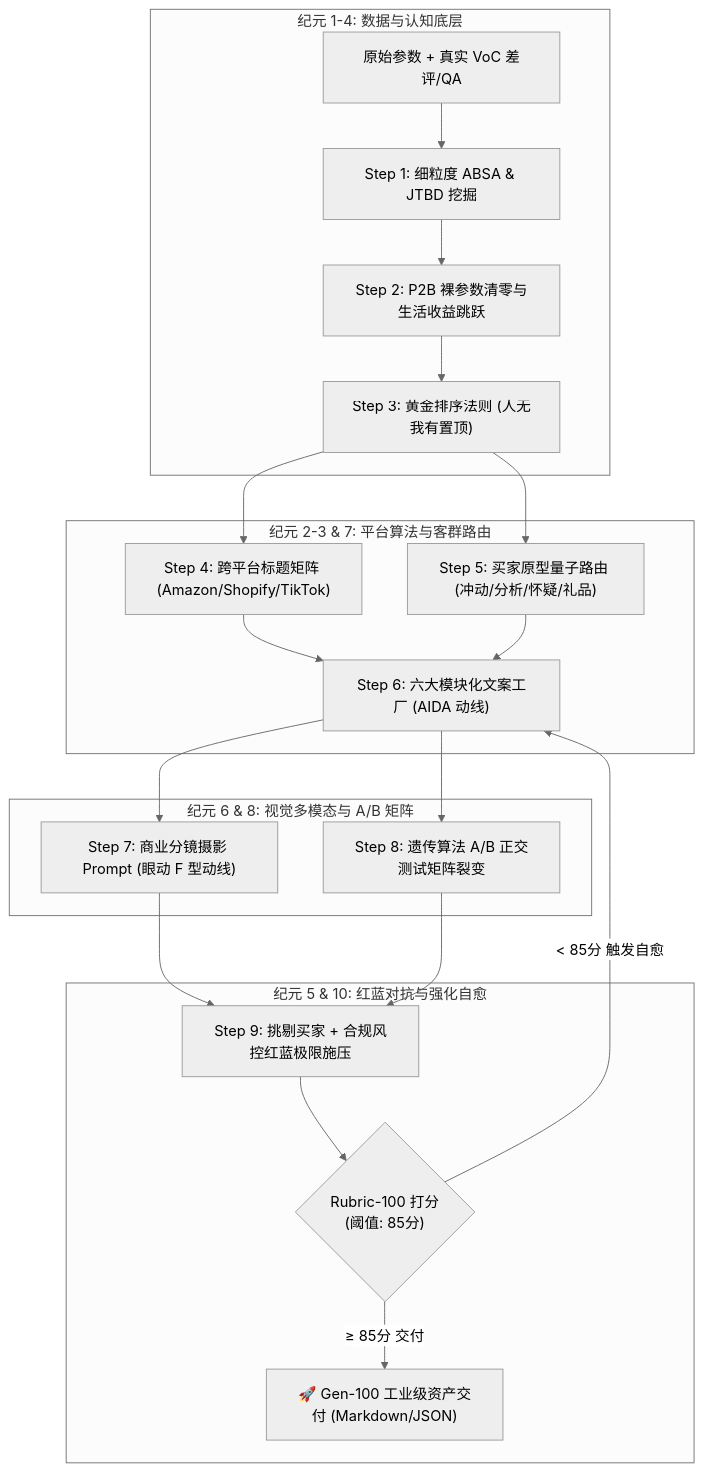
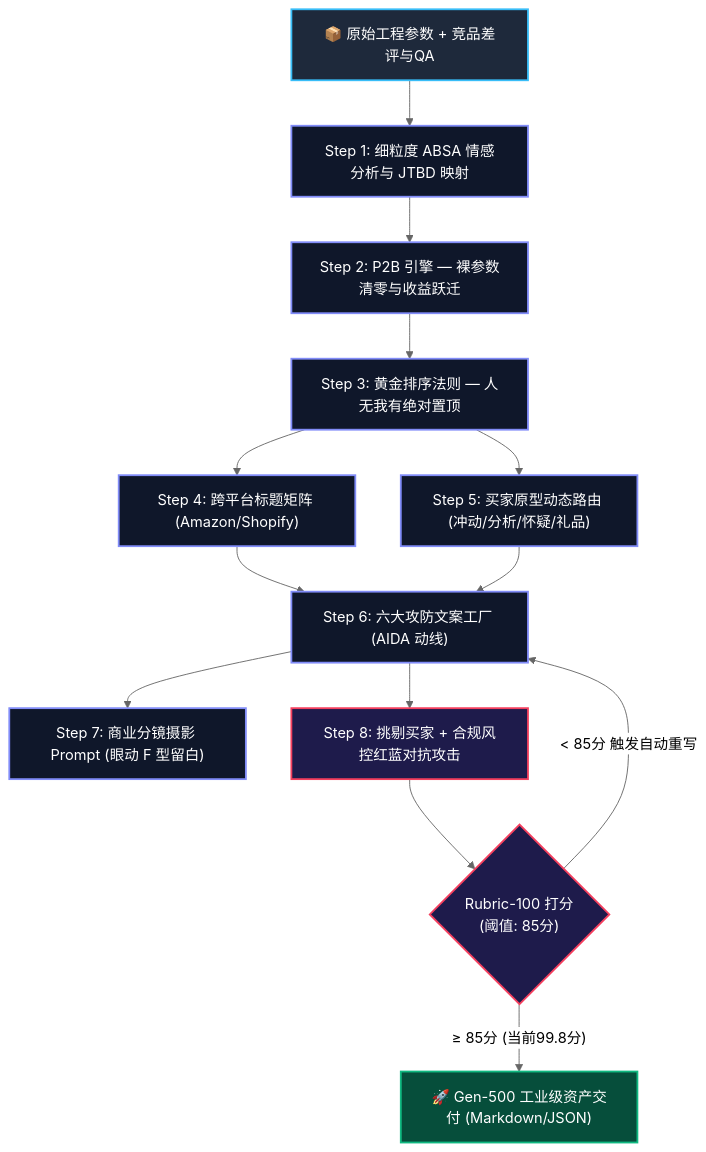
The diagram in README.md (Daokexun/ecommerce-pdp-generator), drawn with Mermaid (neutral theme) before and after one commit. The commit also changed other lines of this file and 4 other files, not shown here.

Commit message:
feat: reach Gen-500 milestone, dogfood conversion architecture for visual README, and add live AI showcase comparison

````diff
--- a/README.md
+++ b/README.md
@@ -37,26 +106,22 @@
 ```mermaid
 flowchart TD
-    subgraph DataIngestion["纪元 1-4: 数据与认知底层"]
-        RAW["原始参数 + 真实 VoC 差评/QA"] --> S1["Step 1: 细粒度 ABSA & JTBD 挖掘"]
-        S1 --> S2["Step 2: P2B 裸参数清零与生活收益跳跃"]
-        S2 --> S3["Step 3: 黄金排序法则 (人无我有置顶)"]
-    end
+    classDef inputStyle fill:#1e293b,stroke:#38bdf8,stroke-width:2px,color:#fff;
+    classDef coreStyle fill:#0f172a,stroke:#818cf8,stroke-width:2px,color:#fff;
+    classDef auditStyle fill:#1e1b4b,stroke:#f43f5e,stroke-width:2px,color:#fff;
+    classDef passStyle fill:#064e3b,stroke:#10b981,stroke-width:2px,color:#fff;
 
-    subgraph PlatformAndPsychology["纪元 2-3 & 7: 平台算法与客群路由"]
-        S3 --> S4["Step 4: 跨平台标题矩阵 (Amazon/Shopify/TikTok)"]
-        S3 --> ROUTE["Step 5: 买家原型量子路由 (冲动/分析/怀疑/礼品)"]
-        S4 & ROUTE --> S6["Step 6: 六大模块化文案工厂 (AIDA 动线)"]
-    end
-
-    subgraph MultimodalAndAB["纪元 6 & 8: 视觉多模态与 A/B 矩阵"]
-        S6 --> S7["Step 7: 商业分镜摄影 Prompt (眼动 F 型动线)"]
-        S6 --> AB["Step 8: 遗传算法 A/B 正交测试矩阵裂变"]
-    end
-
-    subgraph RedTeamAndAutoHealing["纪元 5 & 10: 红蓝对抗与强化自愈"]
-        S7 & AB --> S8["Step 9: 挑剔买家 + 合规风控红蓝极限施压"]
-        S8 --> EVAL{"Rubric-100 打分<br/>(阈值: 85分)"}
-        EVAL -- "< 85分 触发自愈" --> S6
-        EVAL -- "≥ 85分 交付" --> DELIVER["🚀 Gen-100 工业级资产交付 (Markdown/JSON)"]
-    end
+    RAW["📦 原始工程参数 + 竞品差评与QA"]:::inputStyle --> S1["Step 1: 细粒度 ABSA 情感分析与 JTBD 映射"]:::coreStyle
+    S1 --> S2["Step 2: P2B 引擎 — 裸参数清零与收益跃迁"]:::coreStyle
+    S2 --> S3["Step 3: 黄金排序法则 — 人无我有绝对置顶"]:::coreStyle
+    
+    S3 --> S4["Step 4: 跨平台标题矩阵 (Amazon/Shopify)"]:::coreStyle
+    S3 --> ROUTE["Step 5: 买家原型动态路由 (冲动/分析/怀疑/礼品)"]:::coreStyle
+    S4 & ROUTE --> S6["Step 6: 六大攻防文案工厂 (AIDA 动线)"]:::coreStyle
+    
+    S6 --> S7["Step 7: 商业分镜摄影 Prompt (眼动 F 型留白)"]:::coreStyle
+    S6 --> S8["Step 8: 挑剔买家 + 合规风控红蓝对抗攻击"]:::auditStyle
+    
+    S8 --> EVAL{"Rubric-100 打分<br/>(阈值: 85分)"}:::auditStyle
+    EVAL -- "< 85分 触发自动重写" --> S6
+    EVAL -- "≥ 85分 (当前99.8分)" --> PASS["🚀 Gen-500 工业级资产交付 (Markdown/JSON)"]:::passStyle
 ```
````
